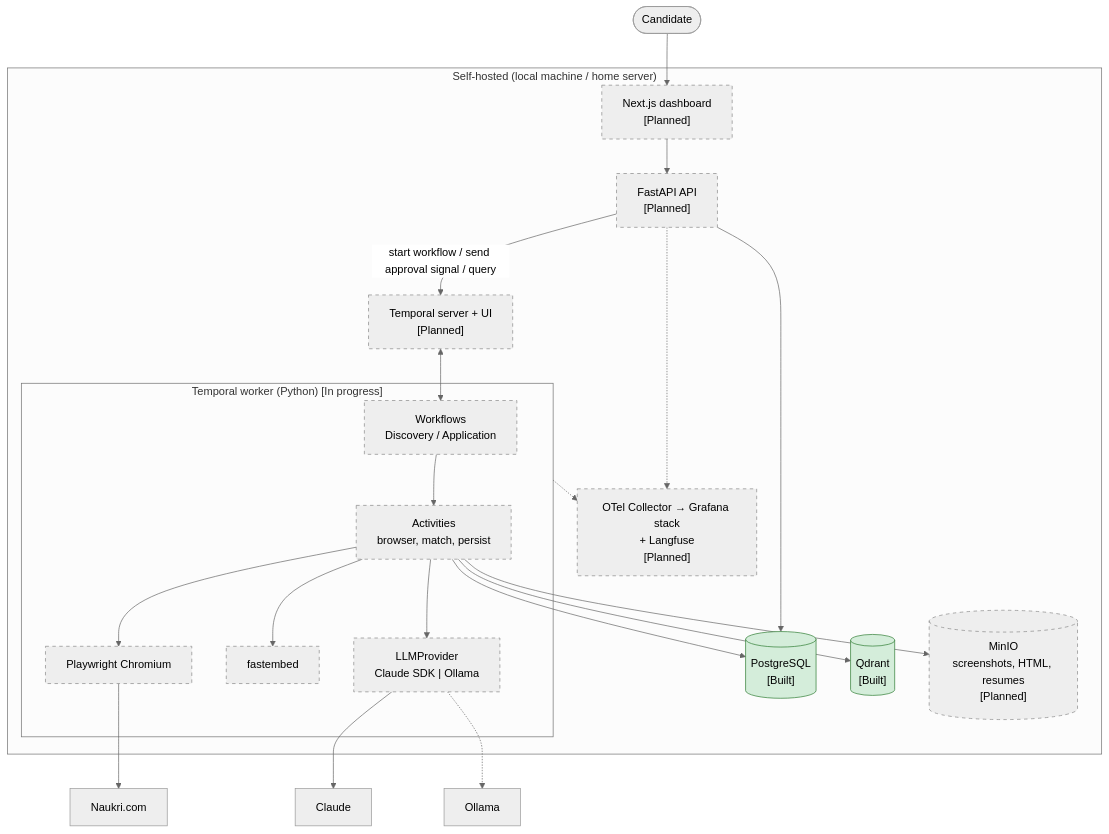
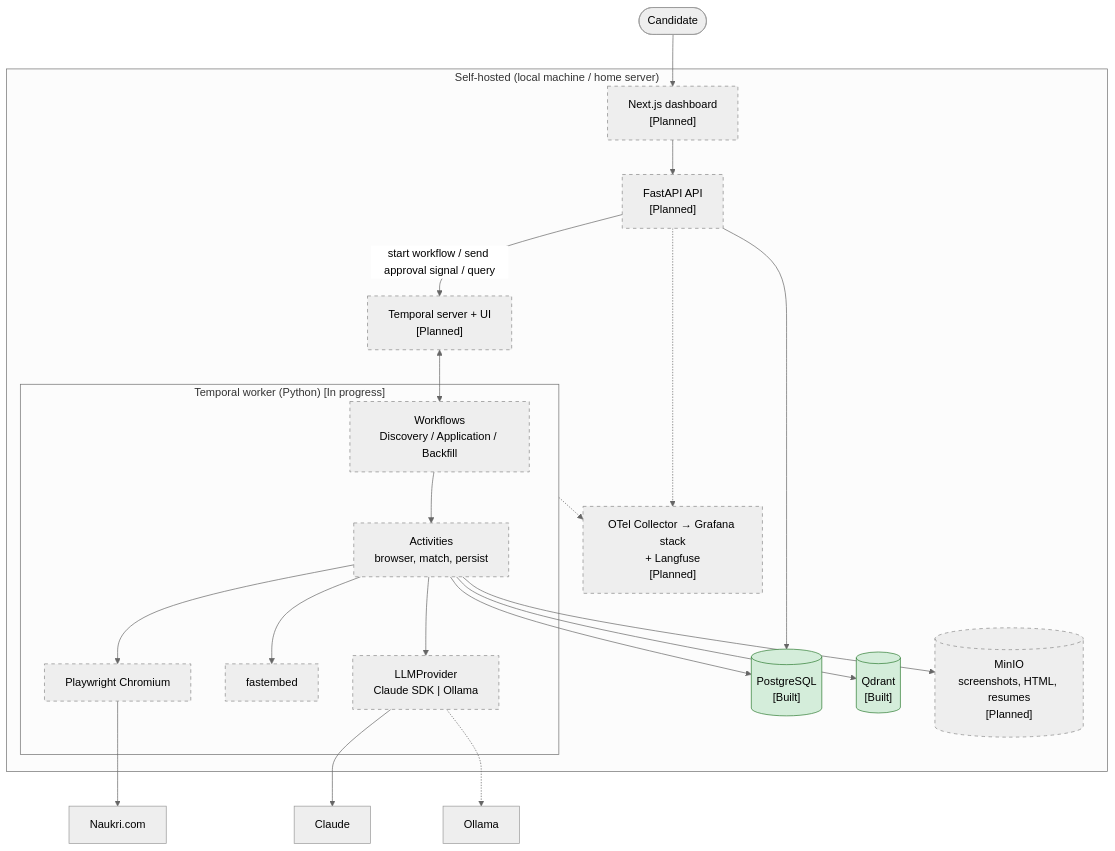
One commit to dhiraj849/Job_assistent changed the third of 5 diagrams in docs/02-architecture.md. Above: the diagram before and after it, drawn with Mermaid (neutral theme). The commit also changed other lines of this file and 17 other files, not shown here.

````diff
--- a/docs/02-architecture.md
+++ b/docs/02-architecture.md
@@ -70,44 +70,44 @@
 ```mermaid
 flowchart TB
     user(["Candidate"])
     subgraph host["Self-hosted (local machine / home server)"]
         dash["Next.js dashboard<br/>[Planned]"]
         api["FastAPI API<br/>[Planned]"]
         tsrv["Temporal server + UI<br/>[Planned]"]
         subgraph worker["Temporal worker (Python) [In progress]"]
-            wf["Workflows<br/>Discovery / Application"]
+            wf["Workflows<br/>Discovery / Application / Backfill"]
             acts["Activities<br/>browser, match, persist"]
             pw["Playwright Chromium"]
             emb["fastembed"]
             llm["LLMProvider<br/>Claude SDK | Ollama"]
         end
         pg[("PostgreSQL<br/>[Built]")]
         qd[("Qdrant<br/>[Built]")]
         minio[("MinIO<br/>screenshots, HTML, resumes<br/>[Planned]")]
         obs["OTel Collector → Grafana stack<br/>+ Langfuse<br/>[Planned]"]
     end
     naukri["Naukri.com"]
     claude["Claude"]
     ollama["Ollama"]
 
     user --> dash --> api
     api -- "start workflow / send approval signal / query" --> tsrv
     tsrv <--> wf
     wf --> acts
     acts --> pw --> naukri
     acts --> emb
     acts --> llm
     llm --> claude
     llm -.-> ollama
     acts --> pg
     acts --> qd
     acts --> minio
     api --> pg
     worker -.-> obs
     api -.-> obs
 
     classDef built fill:#d4edda,stroke:#2e7d32,color:#000
     classDef planned fill:#eeeeee,stroke:#888,stroke-dasharray:5 5,color:#000
     class pg,qd built
     class dash,api,tsrv,wf,acts,pw,emb,llm,minio,obs planned
 ```
````
